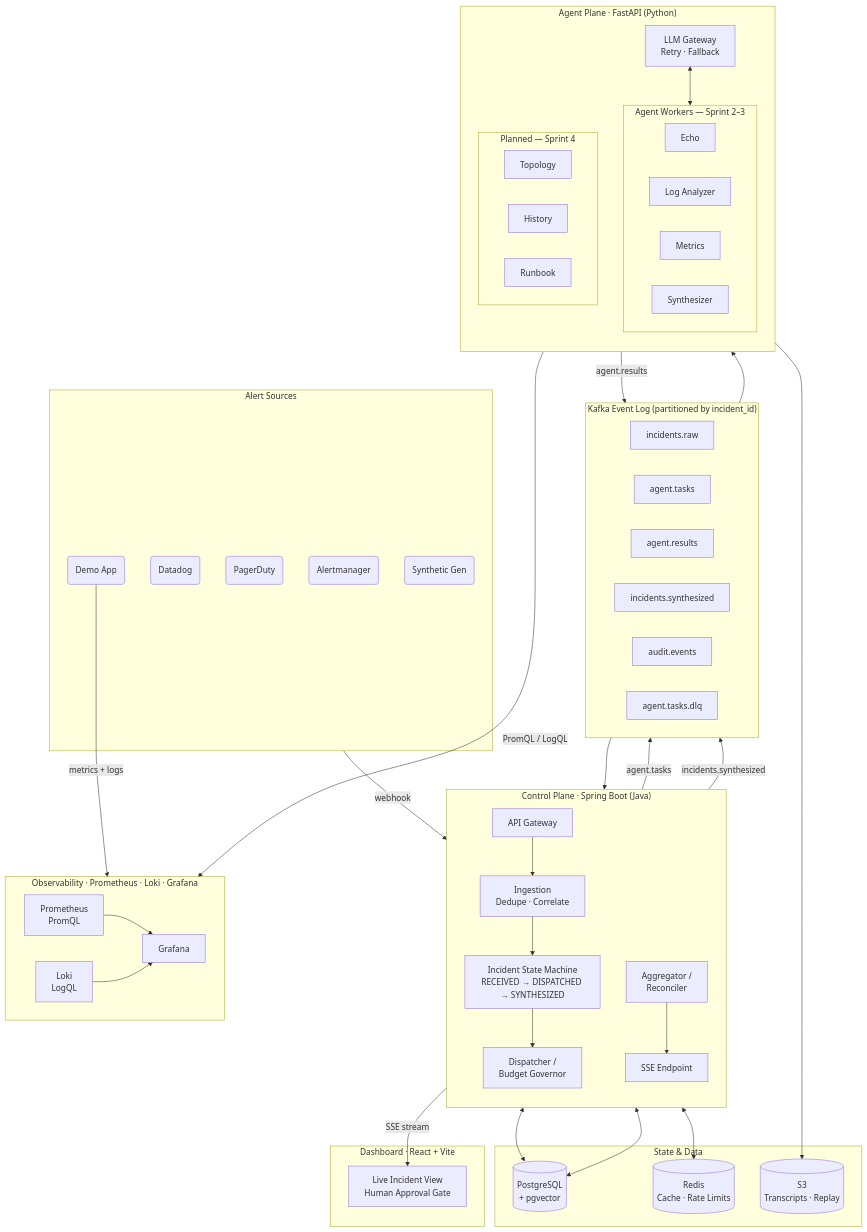
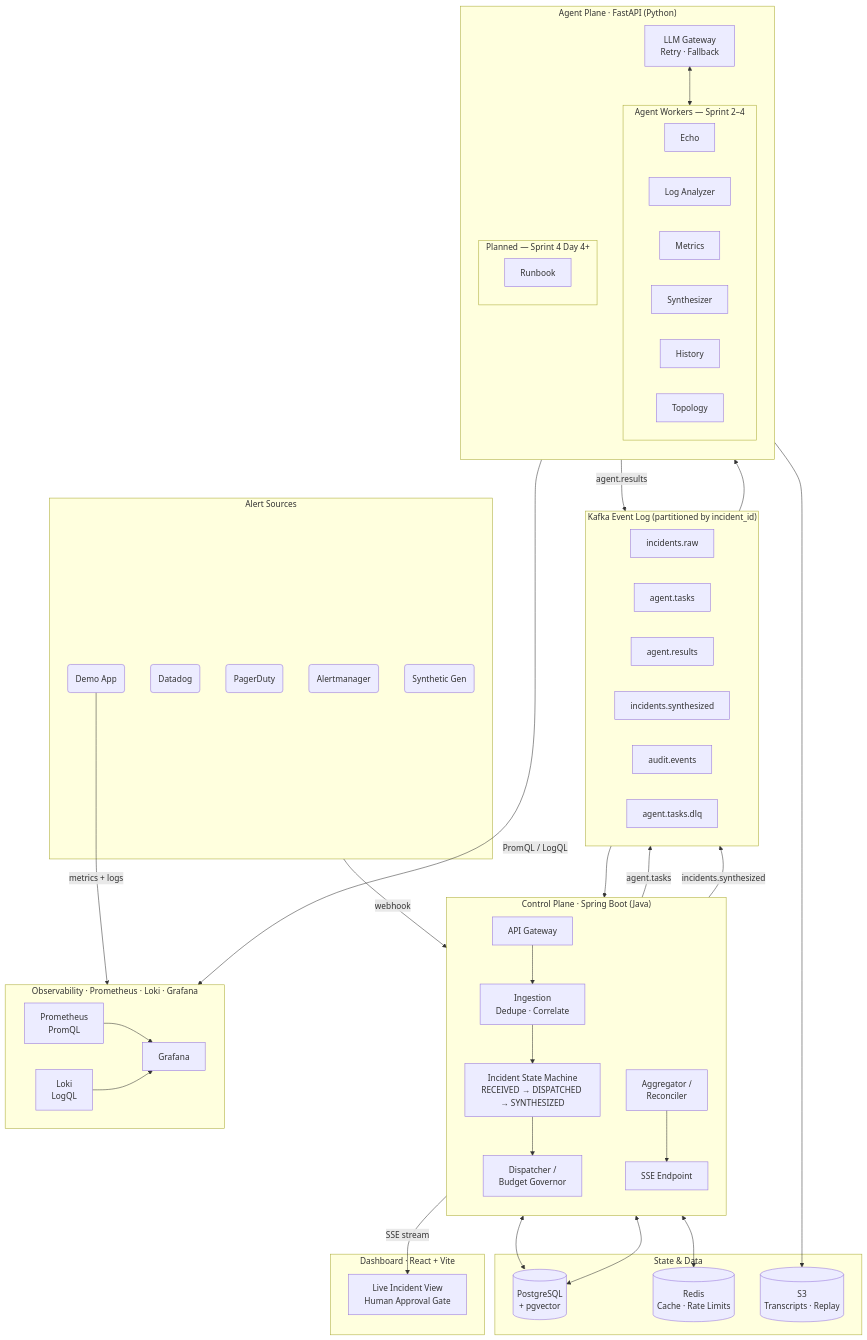
The diagram in README.md (NikunjS91/Sentinel), drawn with Mermaid before and after one commit. The commit also changed other lines of this file, not shown here.

Commit message:
docs: update README for Sprint 4 Day 3 — topology + history agents, 5-specialist dispatch

````diff
--- a/README.md
+++ b/README.md
@@ -46,80 +46,80 @@
 ```mermaid
 flowchart TB
     subgraph Sources["Alert Sources"]
         AM(Alertmanager)
         DD(Datadog)
         PD(PagerDuty)
         DA(Demo App)
         SG(Synthetic Gen)
     end
 
     subgraph CP["Control Plane · Spring Boot (Java)"]
         direction TB
         GW[API Gateway]
         ING[Ingestion\nDedupe · Correlate]
         SM[Incident State Machine\nRECEIVED → DISPATCHED → SYNTHESIZED]
         DISP[Dispatcher /\nBudget Governor]
         AGG[Aggregator /\nReconciler]
         SSE[SSE Endpoint]
     end
 
     subgraph KAFKA["Kafka Event Log  (partitioned by incident_id)"]
         direction LR
         T1[incidents.raw]
         T2[agent.tasks]
         T3[agent.results]
         T4[incidents.synthesized]
         T5[audit.events]
         T6[agent.tasks.dlq]
     end
 
     subgraph AP["Agent Plane · FastAPI (Python)"]
         direction TB
         LLM[LLM Gateway\nRetry · Fallback]
-        subgraph Agents["Agent Workers — Sprint 2–3"]
+        subgraph Agents["Agent Workers — Sprint 2–4"]
             A1[Echo]
             A2[Log Analyzer]
             A3[Metrics]
             A4[Synthesizer]
+            A5[History]
+            A6[Topology]
         end
-        subgraph AgentsPlanned["Planned — Sprint 4"]
-            AP2[Topology]
-            AP3[History]
+        subgraph AgentsPlanned["Planned — Sprint 4 Day 4+"]
             AP4[Runbook]
         end
     end
 
     subgraph OBS["Observability · Prometheus · Loki · Grafana"]
         PROM[Prometheus\nPromQL]
         LOKI[Loki\nLogQL]
         GRAF[Grafana]
     end
 
     subgraph Data["State & Data"]
         PG[(PostgreSQL\n+ pgvector)]
         RD[(Redis\nCache · Rate Limits)]
         S3[(S3\nTranscripts · Replay)]
     end
 
     subgraph UI["Dashboard · React + Vite"]
         DASH[Live Incident View\nHuman Approval Gate]
     end
 
     Sources -->|webhook| GW
     GW --> ING --> SM --> DISP
     DISP -->|agent.tasks| T2
     T2 --> LLM
     LLM <--> Agents
     Agents -->|agent.results| T3
     T3 --> AGG --> SSE
     SSE -->|SSE stream| DASH
     AGG -->|incidents.synthesized| T4
     SM <--> PG
     AGG <--> PG
     CP <--> RD
     AP --> S3
     DA -->|metrics + logs| OBS
     AP -->|PromQL / LogQL| OBS
     PROM --> GRAF
     LOKI --> GRAF
 ```
````
